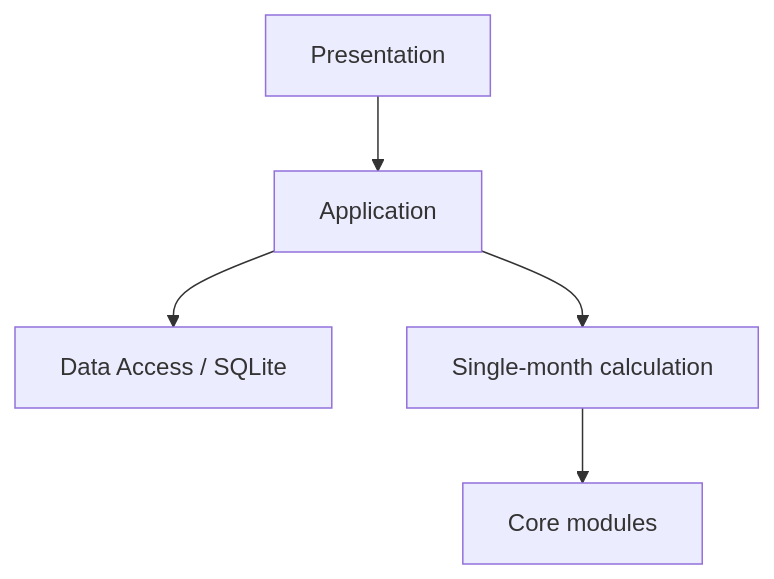
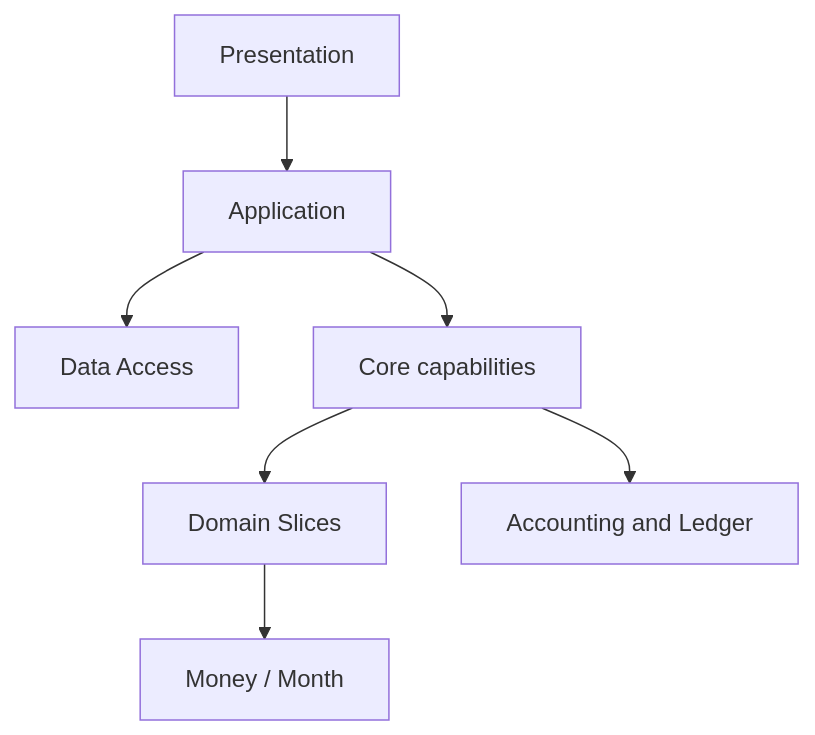
Before and after one commit to bearfighting/property-simulator: the diagram in docs/architecture.md, drawn with Mermaid. The commit also changed other lines of this file and 24 other files, not shown here.

````diff
--- a/docs/architecture.md
+++ b/docs/architecture.md
@@ -5,7 +18,9 @@
 ```mermaid
 flowchart TD
     UI[Presentation] --> App[Application]
-    App --> DA[Data Access / SQLite]
-    App --> MI[Single-month calculation]
-    MI --> Core[Core modules]
+    App --> Storage[Data Access]
+    App --> Core[Core capabilities]
+    Core --> Slices[Domain Slices]
+    Core --> Accounting[Accounting and Ledger]
+    Slices --> Values[Money / Month]
 ```
````
